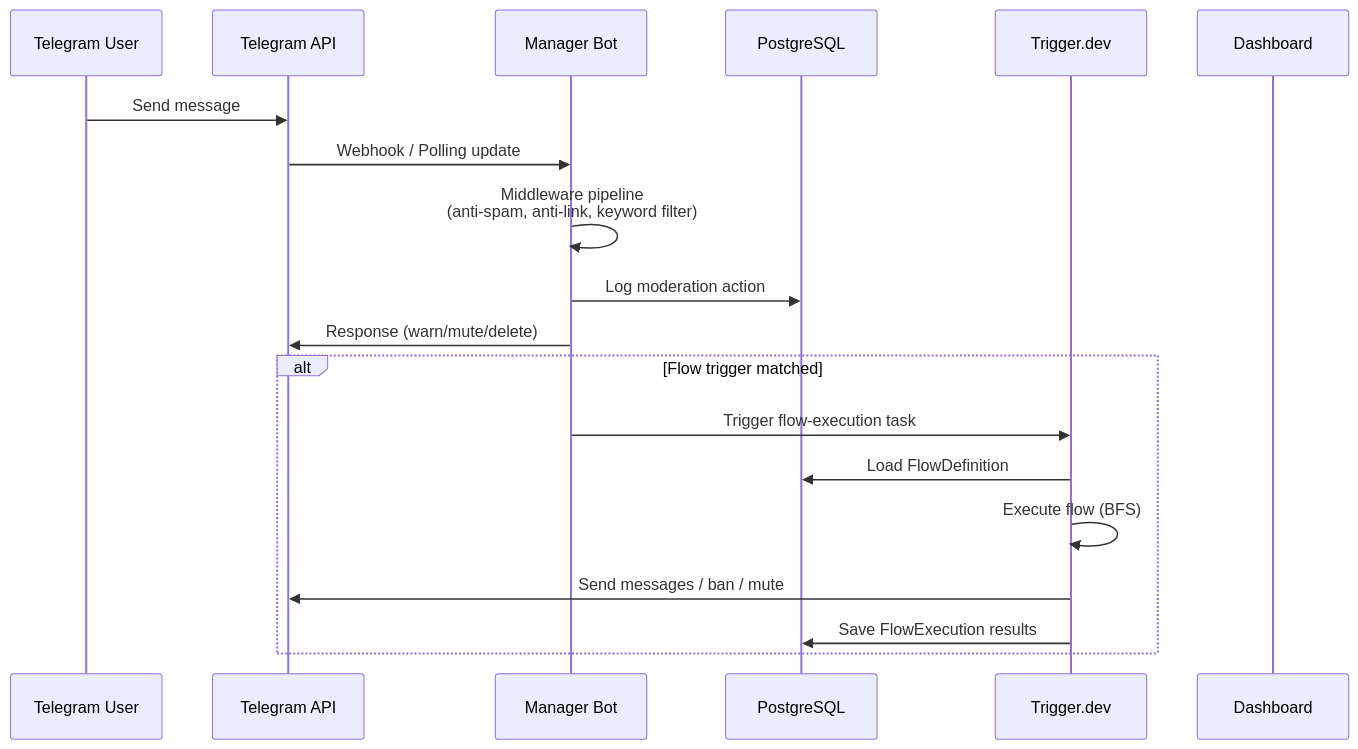
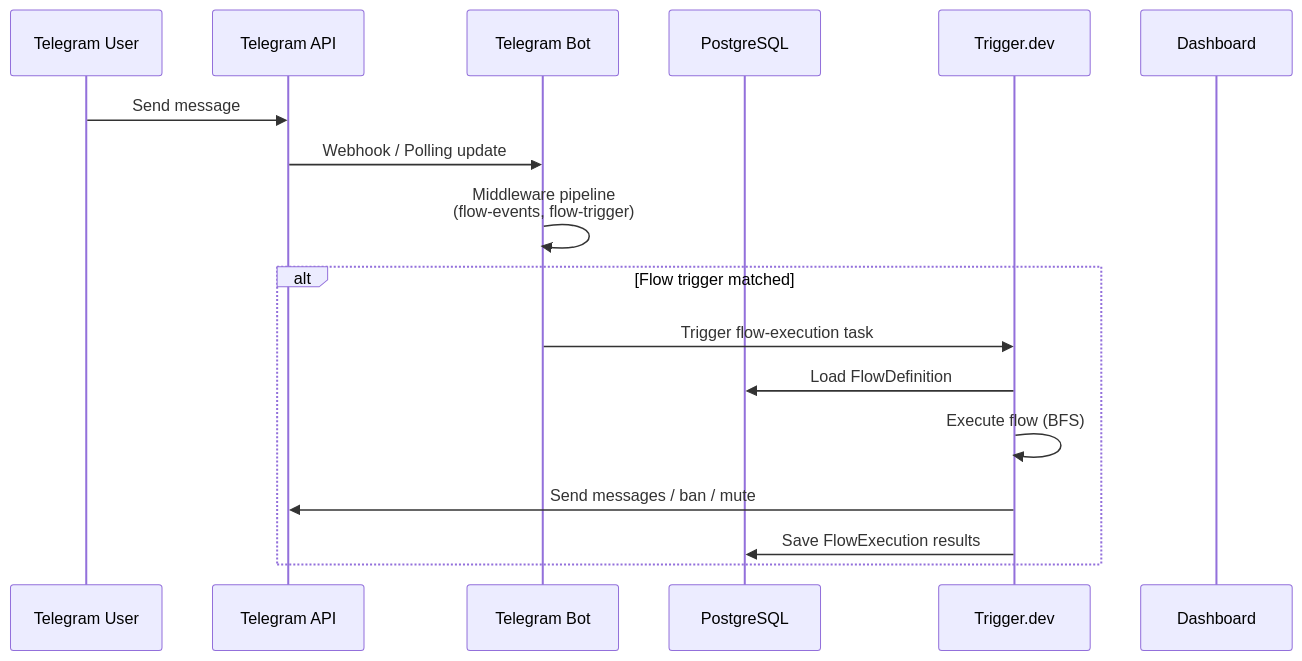
Before and after one commit to kolezka/flowbot: the second of 6 diagrams in docs/architecture.md, drawn with Mermaid. The commit also changed other lines of this file and 2 other files, not shown here.

First line of the commit message:
docs: update CLAUDE.md and README.md — replace bot/manager-bot with telegram-bot, moderation is flow-driven

````diff
--- a/docs/architecture.md
+++ b/docs/architecture.md
@@ -69,23 +66,21 @@
 ```mermaid
 sequenceDiagram
     participant User as Telegram User
     participant TG as Telegram API
-    participant MB as Manager Bot
+    participant TB as Telegram Bot
     participant DB as PostgreSQL
     participant Trigger as Trigger.dev
     participant FE as Dashboard
 
     User->>TG: Send message
-    TG->>MB: Webhook / Polling update
-    MB->>MB: Middleware pipeline<br/>(anti-spam, anti-link, keyword filter)
-    MB->>DB: Log moderation action
-    MB->>TG: Response (warn/mute/delete)
+    TG->>TB: Webhook / Polling update
+    TB->>TB: Middleware pipeline<br/>(flow-events, flow-trigger)
 
     alt Flow trigger matched
-        MB->>Trigger: Trigger flow-execution task
+        TB->>Trigger: Trigger flow-execution task
         Trigger->>DB: Load FlowDefinition
         Trigger->>Trigger: Execute flow (BFS)
         Trigger->>TG: Send messages / ban / mute
         Trigger->>DB: Save FlowExecution results
     end
 ```
````
